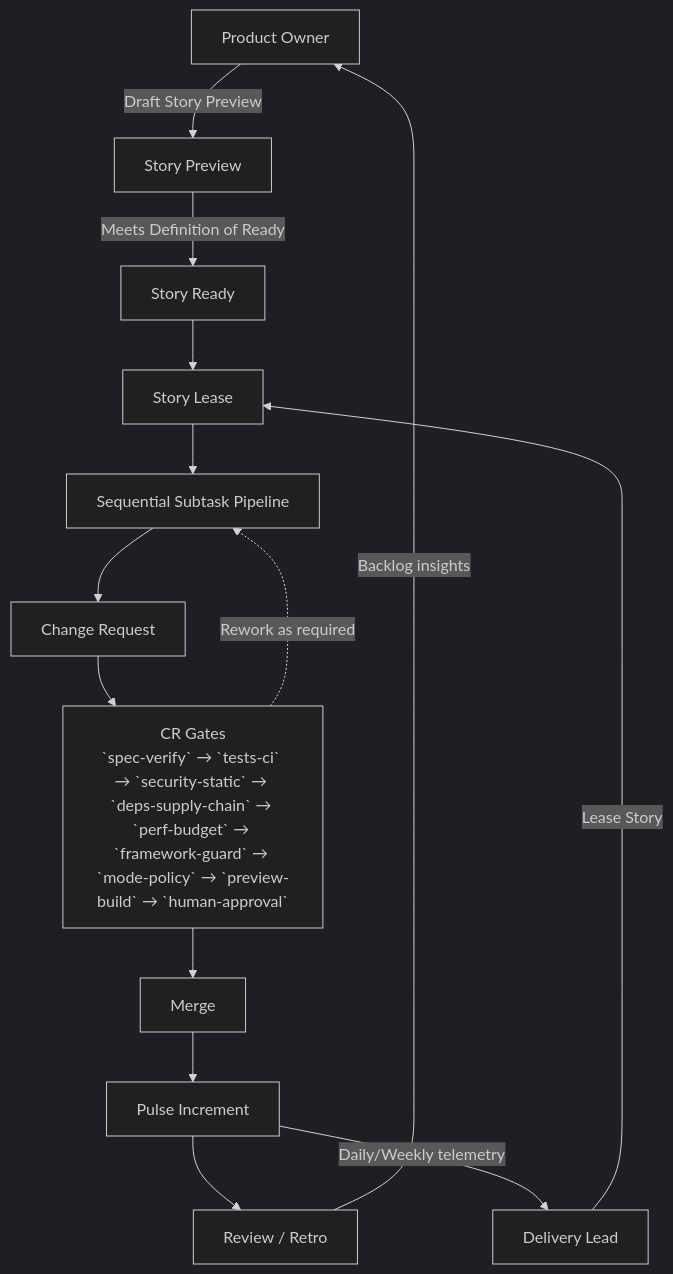
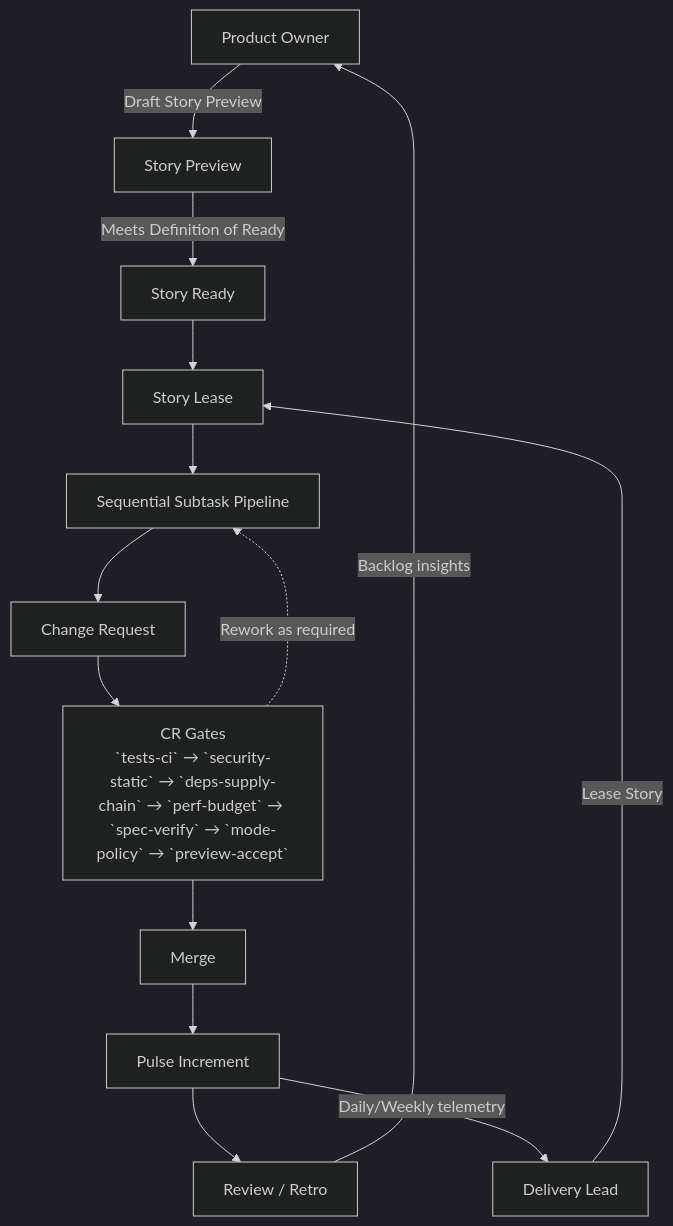
The diagram in README.md (airnub/agentic-delivery-framework-internal), drawn with Mermaid (dark theme) before and after one commit. The commit also changed other lines of this file and 11 other files, not shown here.

````diff
--- a/README.md
+++ b/README.md
@@ -67,18 +73,18 @@
 ```mermaid
 flowchart TD
   PO[Product Owner] -->|Draft Story Preview| PREVIEW[Story Preview]
   PREVIEW -->|Meets Definition of Ready| READY[Story Ready]
   DL[Delivery Lead] -->|Lease Story| LEASE[Story Lease]
   READY --> LEASE
   LEASE --> SSP[Sequential Subtask Pipeline]
   SSP --> CR[Change Request]
 
-  CR --> GATES["CR Gates\n`spec-verify` → `tests-ci` → `security-static` → `deps-supply-chain` → `perf-budget` → `framework-guard` → `mode-policy` → `preview-build` → `human-approval`"]
+  CR --> GATES["CR Gates\n`tests-ci` → `security-static` → `deps-supply-chain` → `perf-budget` → `spec-verify` → `mode-policy` → `preview-accept`"]
   GATES --> MERGE[Merge]
   GATES -.->|Rework as required| SSP
 
   MERGE --> PULSE[Pulse Increment]
   PULSE --> REVIEW[Review / Retro]
   REVIEW -->|Backlog insights| PO
   PULSE -->|Daily/Weekly telemetry| DL
 ```
````
